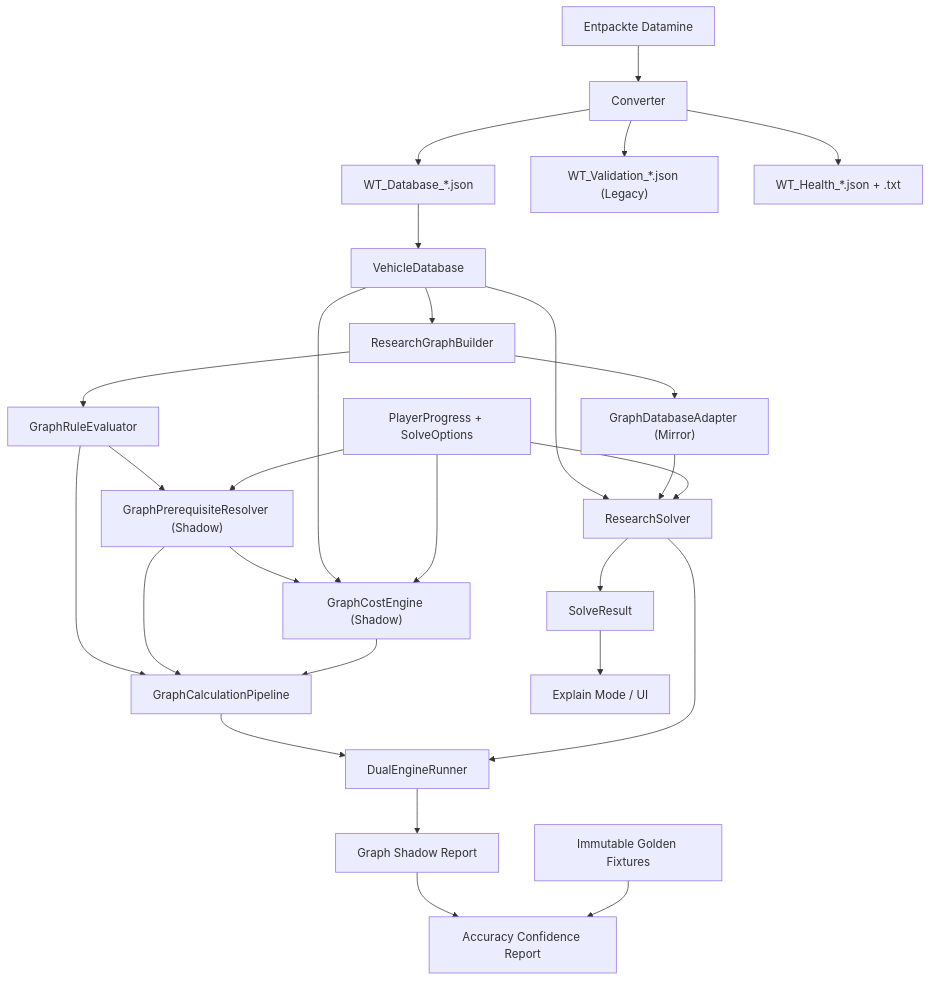
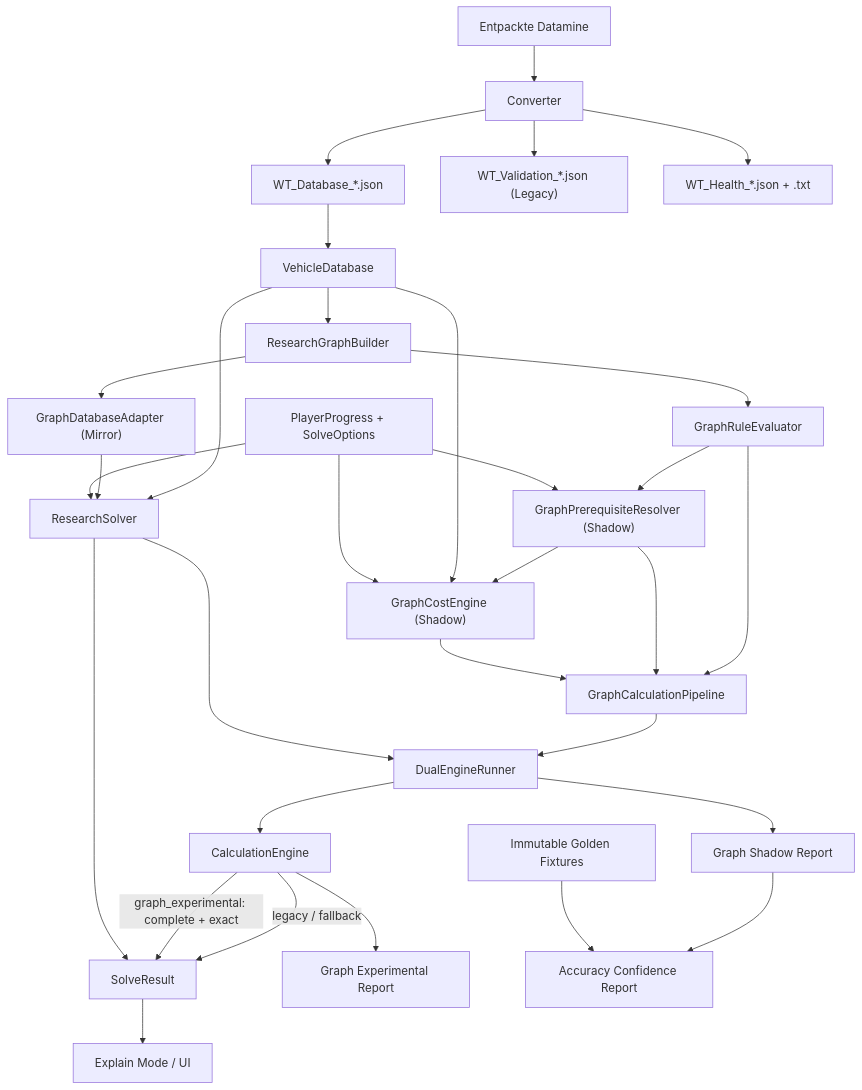
The diagram in docs/02_ARCHITECTURE.md (wursti10-cmyk/wurstbrot-suite), drawn with Mermaid before and after one commit. The commit also changed other lines of this file and 28 other files, not shown here.

First line of the commit message:
Accuracy: add experimental graph calculation mode (#11)

````diff
--- a/docs/02_ARCHITECTURE.md
+++ b/docs/02_ARCHITECTURE.md
@@ -23,29 +24,33 @@
 ```mermaid
 flowchart TD
   D["Entpackte Datamine"] --> C["Converter"]
   C --> J["WT_Database_*.json"]
   C --> V["WT_Validation_*.json (Legacy)"]
   C --> H["WT_Health_*.json + .txt"]
   J --> DB["VehicleDatabase"]
   DB --> G["ResearchGraphBuilder"]
   G --> A["GraphDatabaseAdapter (Mirror)"]
   G --> RE["GraphRuleEvaluator"]
   RE --> GR["GraphPrerequisiteResolver (Shadow)"]
   P --> GR
   GR --> GC["GraphCostEngine (Shadow)"]
   DB --> GC
   P --> GC
   RE --> GP["GraphCalculationPipeline"]
   GR --> GP
   GC --> GP
   DB --> S["ResearchSolver"]
   A --> S
   P["PlayerProgress + SolveOptions"] --> S
   GP --> DE["DualEngineRunner"]
   S --> DE
+  DE --> CE["CalculationEngine"]
+  CE -->|"legacy / fallback"| R
+  CE -->|"graph_experimental: complete + exact"| R
   DE --> SR["Graph Shadow Report"]
+  CE --> ER["Graph Experimental Report"]
   SR --> AC["Accuracy Confidence Report"]
   GF["Immutable Golden Fixtures"] --> AC
   S --> R["SolveResult"]
   R --> E["Explain Mode / UI"]
 ```
````
